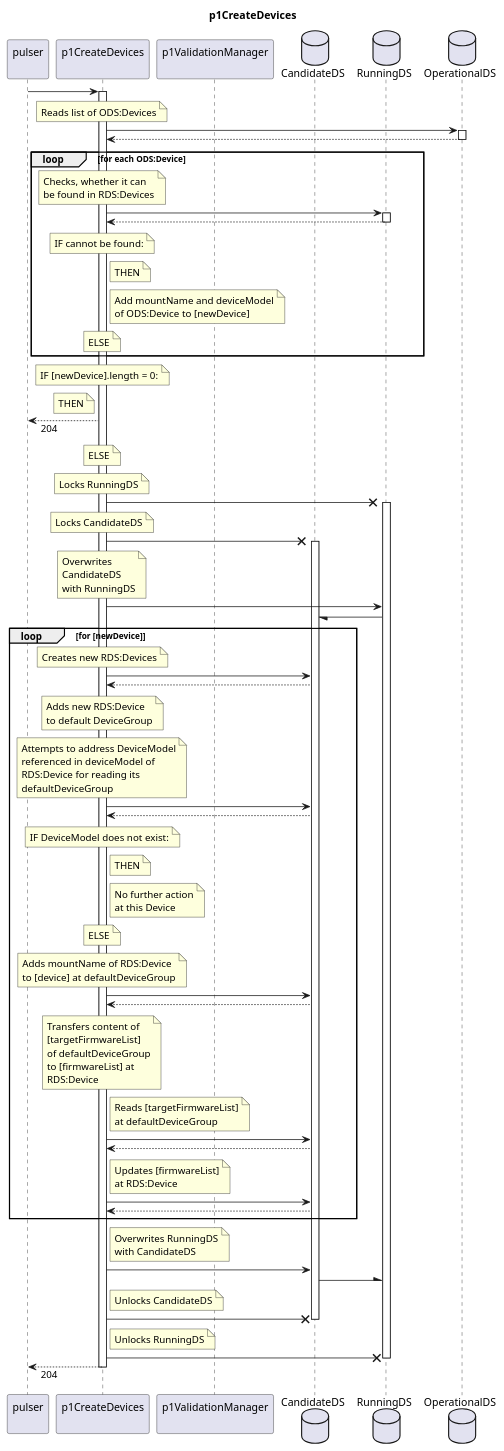
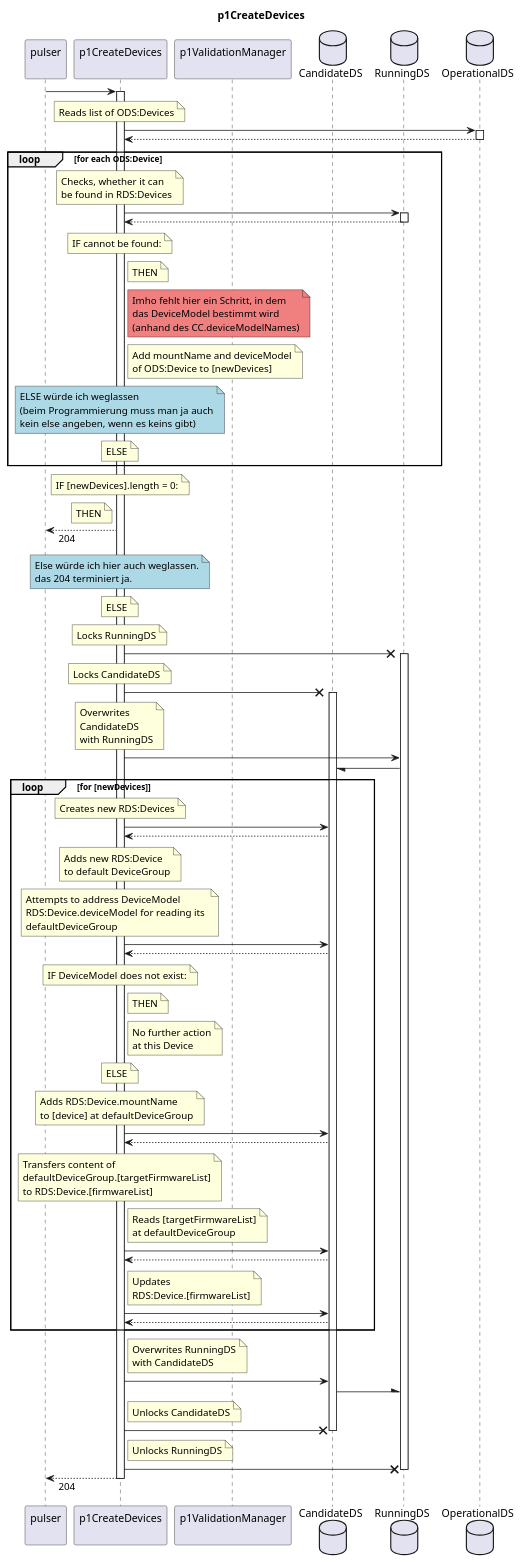
Before and after one commit to openBackhaul/FirmWareManager: the diagram in spec/Functions/Interpretation/p1CreateDevices/1.0.0/createDeviceModel.plantuml, drawn with PlantUML. The commit also changed 3 other files, not shown here.

Commit message:
p1CreateDevices review

```diff
--- a/spec/Functions/Interpretation/p1CreateDevices/1.0.0/createDeviceModel.plantuml
+++ b/spec/Functions/Interpretation/p1CreateDevices/1.0.0/createDeviceModel.plantuml
@@ -1,158 +1,178 @@
 @startuml p1CreateDevices
 skinparam responseMessageBelowArrow true
 
 title
   p1CreateDevices
 end title
 
 participant "pulser\n" as pulser
 participant "p1CreateDevices\n" as indServ
 participant "p1ValidationManager\n" as valiMan
 database "CandidateDS" as CanDS
 database "RunningDS" as RunDS
 database "OperationalDS" as OpDS
 
 
 pulser -> indServ
 activate indServ
 
+  ' Read devices from ODS
   note over indServ
     Reads list of ODS:Devices
   end note
   indServ -> OpDS
   activate OpDS
   indServ <-- OpDS
   deactivate OpDS
+
+
+  ' Loop over ODS devices, add them to [newDevices]
   loop for each ODS:Device
     note over indServ
       Checks, whether it can
       be found in RDS:Devices
     end note
     indServ -> RunDS
     activate RunDS
     indServ <-- RunDS
     deactivate RunDS
     note over indServ
       IF cannot be found:
     end note
     note right indServ
       THEN
     end note
+    note right indServ #LightCoral
+      Imho fehlt hier ein Schritt, in dem
+      das DeviceModel bestimmt wird
+      (anhand des CC.deviceModelNames)
+    end note
+
     note right indServ
       Add mountName and deviceModel
-      of ODS:Device to [newDevice]
+      of ODS:Device to [newDevices]
+    end note
+    note over indServ #lightBlue
+      ELSE würde ich weglassen
+      (beim Programmierung muss man ja auch
+      kein else angeben, wenn es keins gibt)
     end note
     note over indServ
       ELSE
     end note
   end loop
   note over indServ
-    IF [newDevice].length = 0:
+    IF [newDevices].length = 0:
   end note
   note left indServ
     THEN
   end note
   pulser <-- indServ: 204
+  note over indServ #lightBlue
+    Else würde ich hier auch weglassen.
+    das 204 terminiert ja.
+  end note
   note over indServ
     ELSE
   end note  
 
+  ' Lock DataStores and copy RDS to CDS
   note over indServ
     Locks RunningDS
   end note
   indServ -X RunDS
   activate RunDS
   note over indServ
     Locks CandidateDS
   end note
   indServ -X CanDS
   activate CanDS
   note over indServ
     Overwrites
     CandidateDS
     with RunningDS
   end note
   indServ -> RunDS
   RunDS -/ CanDS
 
-  loop for [newDevice]
+  ' Create new devices in RDS
+  loop for [newDevices]
     note over indServ
       Creates new RDS:Devices
     end note
     indServ -> CanDS
     indServ <-- CanDS
 
     note over indServ
       Adds new RDS:Device
       to default DeviceGroup
     end note
     note over indServ
       Attempts to address DeviceModel
-      referenced in deviceModel of
-      RDS:Device for reading its 
+      RDS:Device.deviceModel for reading its 
       defaultDeviceGroup
     end note
     indServ -> CanDS
     indServ <-- CanDS
     note over indServ
       IF DeviceModel does not exist:
     end note
     note right indServ
       THEN
     end note
     note right indServ
       No further action
       at this Device
     end note
     note over indServ
       ELSE
     end note
     note over indServ
-      Adds mountName of RDS:Device
+      Adds RDS:Device.mountName
       to [device] at defaultDeviceGroup
     end note
     indServ -> CanDS
     indServ <-- CanDS
 
     note over indServ
       Transfers content of
-      [targetFirmwareList]
-      of defaultDeviceGroup
-      to [firmwareList] at
-      RDS:Device
+      defaultDeviceGroup.[targetFirmwareList]
+      to RDS:Device.[firmwareList]
     end note
+
     note right indServ
       Reads [targetFirmwareList]
       at defaultDeviceGroup
     end note
     indServ -> CanDS
     indServ <-- CanDS
     note right indServ
-      Updates [firmwareList]
-      at RDS:Device
+      Updates
+      RDS:Device.[firmwareList]
     end note
     indServ -> CanDS
     indServ <-- CanDS
   end loop
 
+  ' Write changes from CDS to RDS and unlock DataStores
   note right indServ
     Overwrites RunningDS
     with CandidateDS
   end note
   indServ -> CanDS
   CanDS -\ RunDS
   note right indServ
     Unlocks CandidateDS
   end note
   indServ -X CanDS
   deactivate CanDS
   note right indServ
     Unlocks RunningDS
   end note
   indServ -X RunDS
   deactivate RunDS
 
 pulser <-- indServ: 204
 deactivate indServ
 
 @enduml
```
